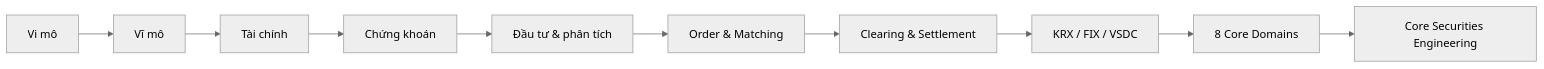
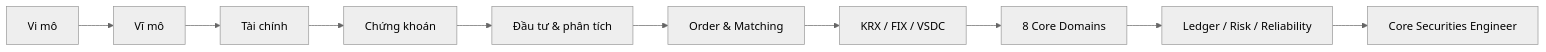
One commit to Trinhduyet/securities.github.io changed the diagram in docs/index.md. Above: the diagram before and after it, drawn with Mermaid (neutral theme). The commit also changed other lines of this file and 10 other files, not shown here.

````diff
--- a/docs/index.md
+++ b/docs/index.md
@@ -5,12 +32,12 @@
 ```mermaid
 flowchart LR
     A[Vi mô] --> B[Vĩ mô]
     B --> C[Tài chính]
     C --> D[Chứng khoán]
     D --> E[Đầu tư & phân tích]
     E --> F[Order & Matching]
-    F --> G[Clearing & Settlement]
-    G --> H[KRX / FIX / VSDC]
-    H --> I[8 Core Domains]
-    I --> J[Core Securities Engineering]
+    F --> G[KRX / FIX / VSDC]
+    G --> H[8 Core Domains]
+    H --> I[Ledger / Risk / Reliability]
+    I --> J[Core Securities Engineer]
 ```
````
